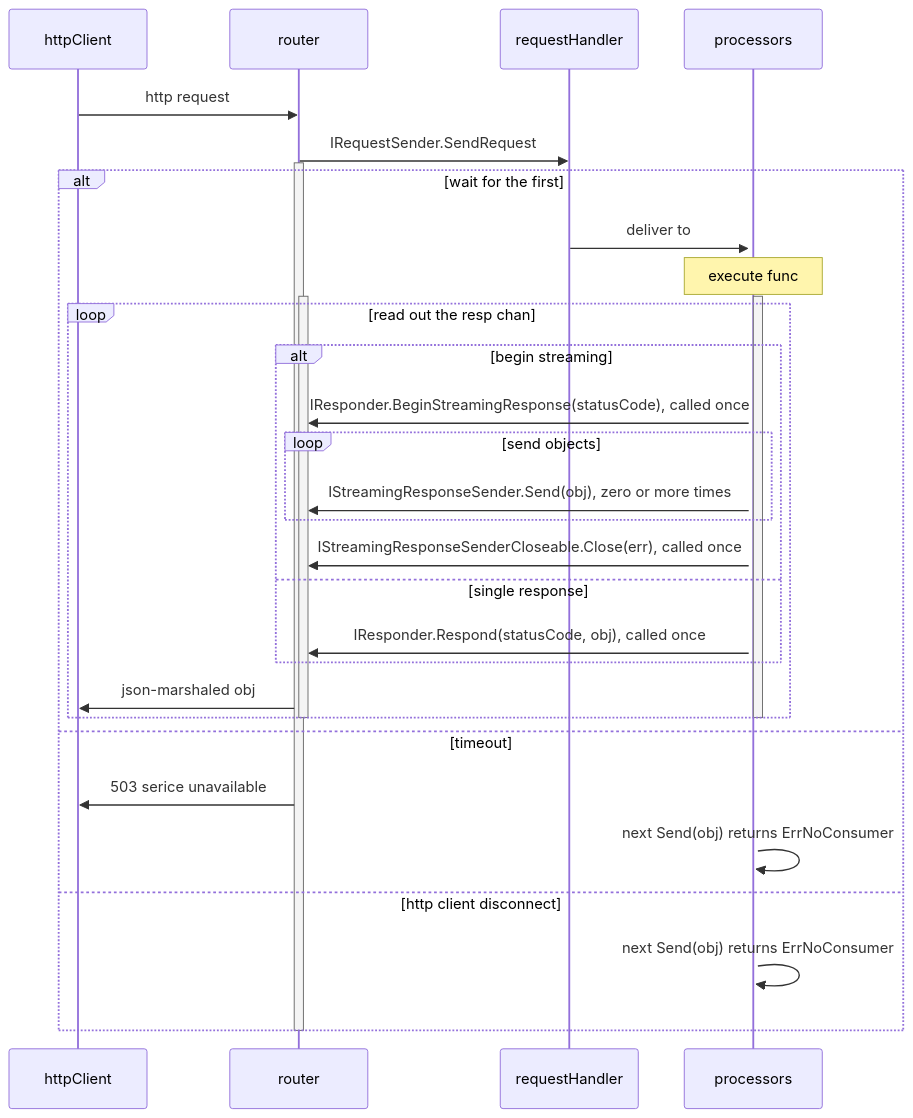
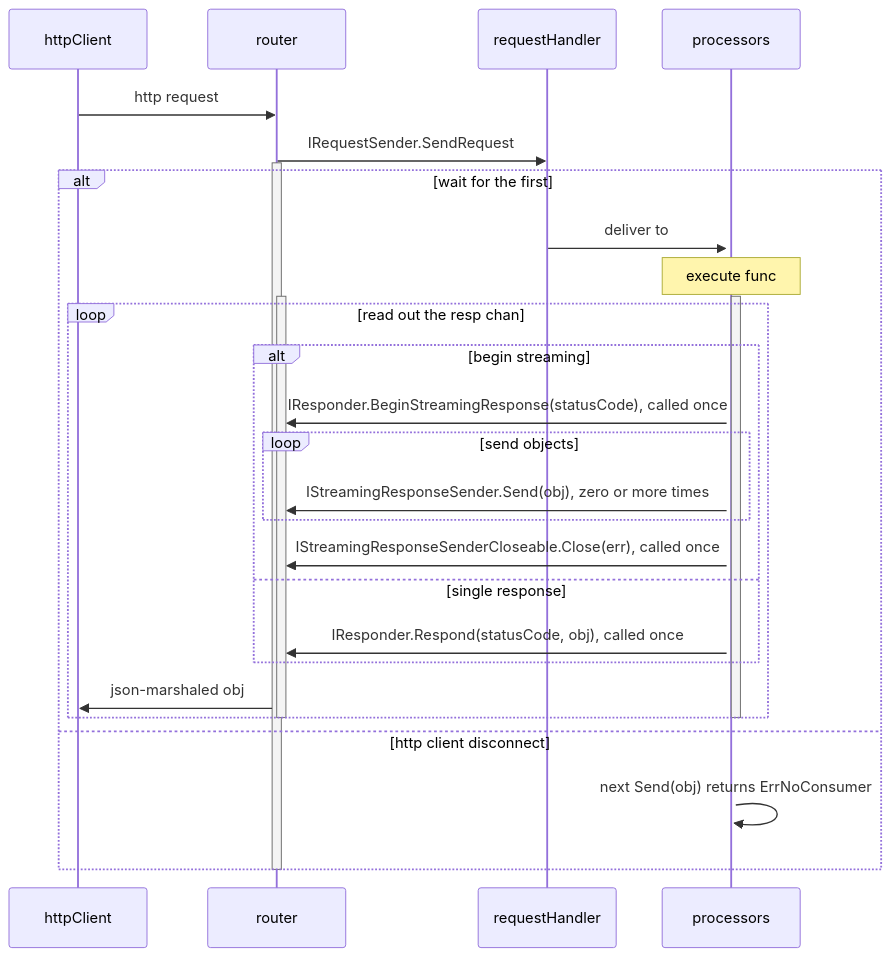
The first of 2 diagrams in pkg/bus/README.md (voedger/voedger), drawn with Mermaid before and after one commit. The commit also changed other lines of this file and 25 other files, not shown here.

````diff
--- a/pkg/bus/README.md
+++ b/pkg/bus/README.md
@@ -6,37 +5,34 @@
 ```mermaid
 sequenceDiagram
   participant httpClient
   participant router
   participant requestHandler
   participant processors
   httpClient ->> router: http request
   router ->> requestHandler: IRequestSender.SendRequest
   activate router
     alt wait for the first
       requestHandler->>+processors: deliver to
       note over processors: execute func
       activate processors
         activate router
           loop read out the resp chan
             alt begin streaming
               processors ->> router: IResponder.BeginStreamingResponse(statusCode), called once
               loop send objects
                 processors ->> router: IStreamingResponseSender.Send(obj), zero or more times
               end
               processors ->> router: IStreamingResponseSenderCloseable.Close(err), called once
             else single response
               processors ->> router: IResponder.Respond(statusCode, obj), called once
             end
             router ->> httpClient: json-marshaled obj
           end
 
         deactivate router
       deactivate processors
-    else timeout
-      router ->> httpClient: 503 serice unavailable
-      processors ->> processors: next Send(obj) returns ErrNoConsumer
     else http client disconnect
       processors ->> processors: next Send(obj) returns ErrNoConsumer
     end
   deactivate router
 ```
````
